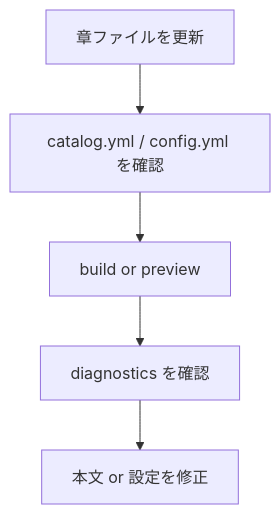
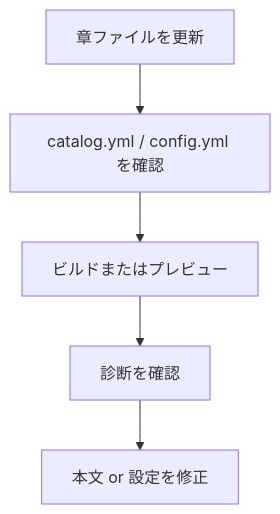
The diagram in src/content/chapters/04-config-and-catalog.md (irdtechbook/review-author-docs), drawn with Mermaid before and after one commit. The commit also changed other lines of this file and 13 other files, not shown here.

```diff
--- a/src/content/chapters/04-config-and-catalog.md
+++ b/src/content/chapters/04-config-and-catalog.md
@@ -70,7 +70,7 @@
 <div class="mermaid">
 flowchart TD
   A[章ファイルを更新] --> B[catalog.yml / config.yml を確認]
-  B --> C[build or preview]
-  C --> D[diagnostics を確認]
+  B --> C[ビルドまたはプレビュー]
+  C --> D[診断を確認]
   D --> E[本文 or 設定を修正]
 </div>
```
